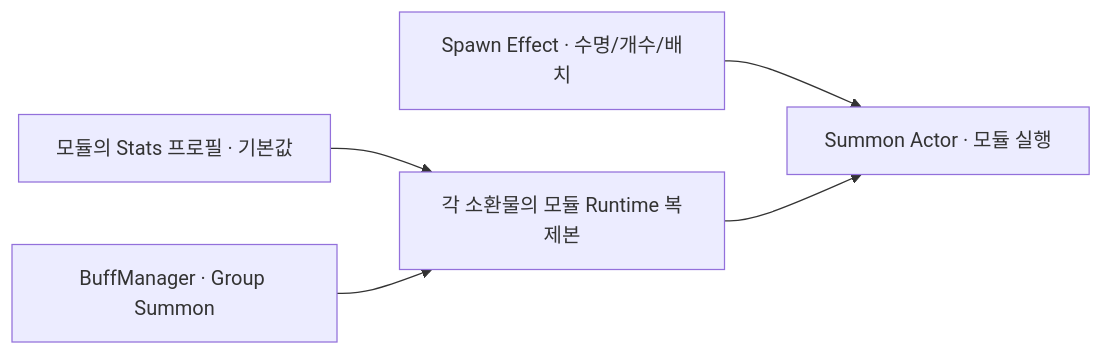
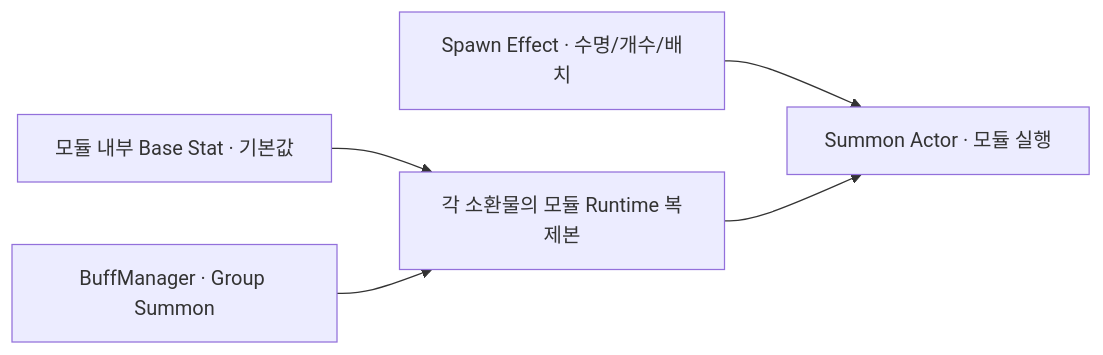
One commit to asdqwer132/Catnip-Guardians2 changed the diagram in Docs/SummonArchitecture.md. Above: the diagram before and after it, drawn with Mermaid. The commit also changed other lines of this file and 61 other files, not shown here.

Commit message:
Embed summon base stats in modules and preserve latest prefab settings

````diff
--- a/Docs/SummonArchitecture.md
+++ b/Docs/SummonArchitecture.md
@@ -13,7 +13,7 @@
 ```mermaid
 flowchart LR
     Effect["Spawn Effect · 수명/개수/배치"] --> Actor["Summon Actor · 모듈 실행"]
-    Profile["모듈의 Stats 프로필 · 기본값"] --> Clone["각 소환물의 모듈 Runtime 복제본"]
+    Base["모듈 내부 Base Stat · 기본값"] --> Clone["각 소환물의 모듈 Runtime 복제본"]
     Buff["BuffManager · Group Summon"] --> Clone
     Clone --> Actor
 ```
````
